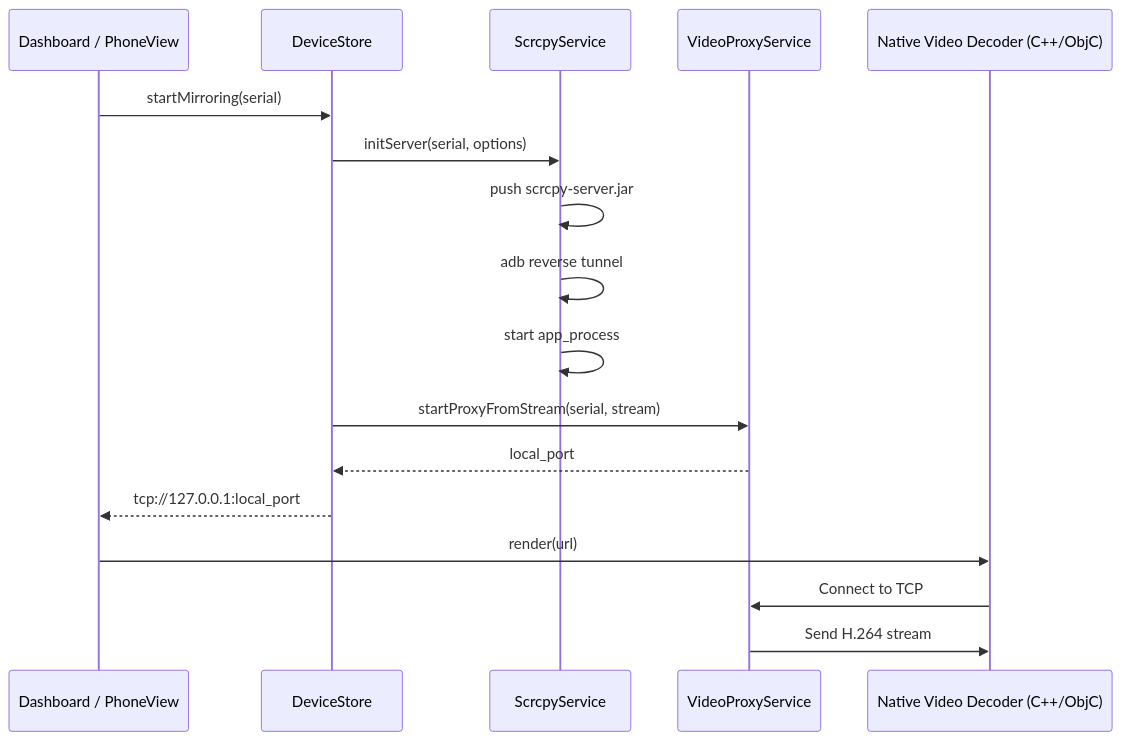
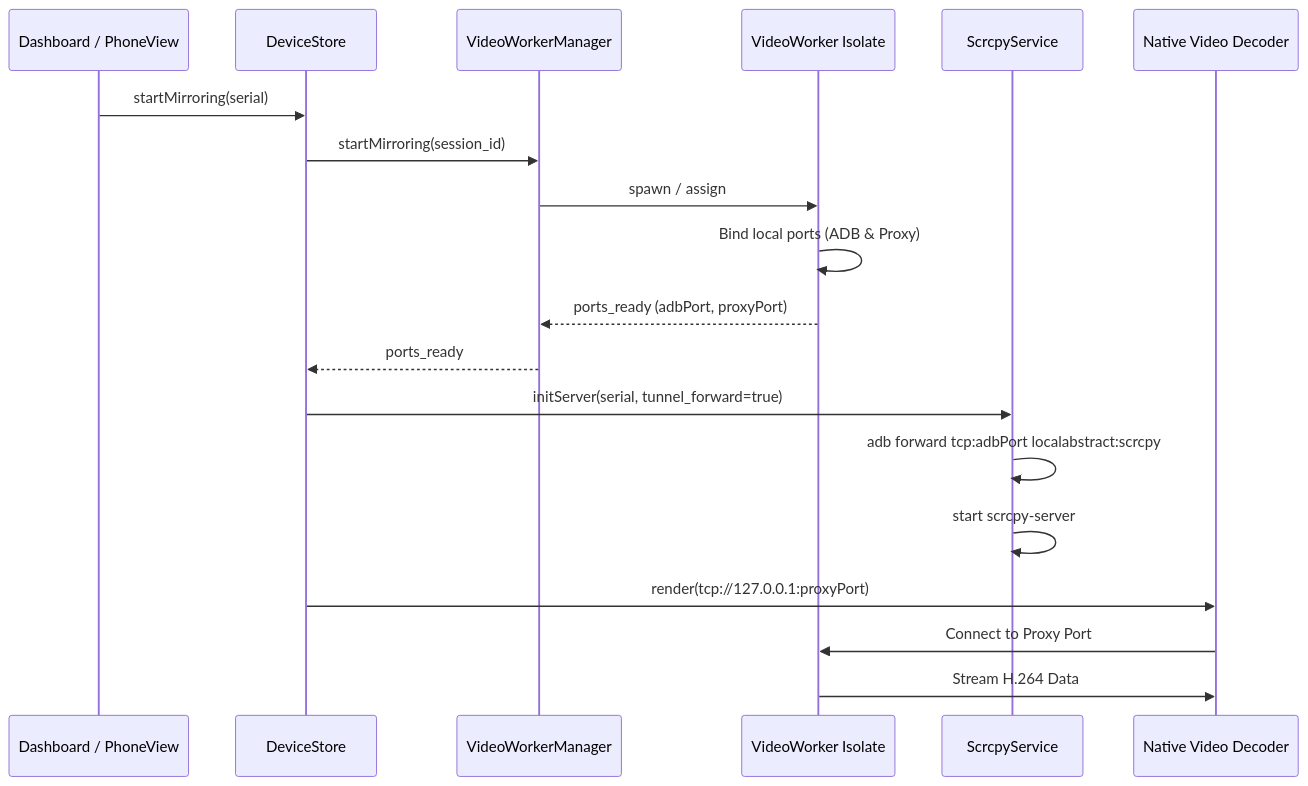
Before and after one commit to anhkiet-201/-scraki: the first of 2 diagrams in ARCHITECTURE.md, drawn with Mermaid. The commit also changed other lines of this file and 2 other files, not shown here.

Commit message:
docs: Cập nhật tài liệu kiến trúc mirroring để phản ánh việc sử dụng Isolates và VideoWorkerManager, đồng thời bổ sung các file build DMG vào .gitignore.

````diff
--- a/ARCHITECTURE.md
+++ b/ARCHITECTURE.md
@@ -26,20 +29,24 @@
 ```mermaid
 sequenceDiagram
     participant UI as Dashboard / PhoneView
     participant Store as DeviceStore
+    participant Manager as VideoWorkerManager
+    participant Isolate as VideoWorker Isolate
     participant Svc as ScrcpyService
-    participant Proxy as VideoProxyService
-    participant Native as Native Video Decoder (C++/ObjC)
+    participant Native as Native Video Decoder
 
     UI->>Store: startMirroring(serial)
-    Store->>Svc: initServer(serial, options)
-    Svc->>Svc: push scrcpy-server.jar
-    Svc->>Svc: adb reverse tunnel
-    Svc->>Svc: start app_process
-    Store->>Proxy: startProxyFromStream(serial, stream)
-    Proxy-->>Store: local_port
-    Store-->>UI: tcp://127.0.0.1:local_port
-    UI->>Native: render(url)
-    Native->>Proxy: Connect to TCP
-    Proxy->>Native: Send H.264 stream
+    Store->>Manager: startMirroring(session_id)
+    Manager->>Isolate: spawn / assign
+    Isolate->>Isolate: Bind local ports (ADB & Proxy)
+    Isolate-->>Manager: ports_ready (adbPort, proxyPort)
+    Manager-->>Store: ports_ready
+
+    Store->>Svc: initServer(serial, tunnel_forward=true)
+    Svc->>Svc: adb forward tcp:adbPort localabstract:scrcpy
+    Svc->>Svc: start scrcpy-server
+
+    Store->>Native: render(tcp://127.0.0.1:proxyPort)
+    Native->>Isolate: Connect to Proxy Port
+    Isolate->>Native: Stream H.264 Data
 ```
````
